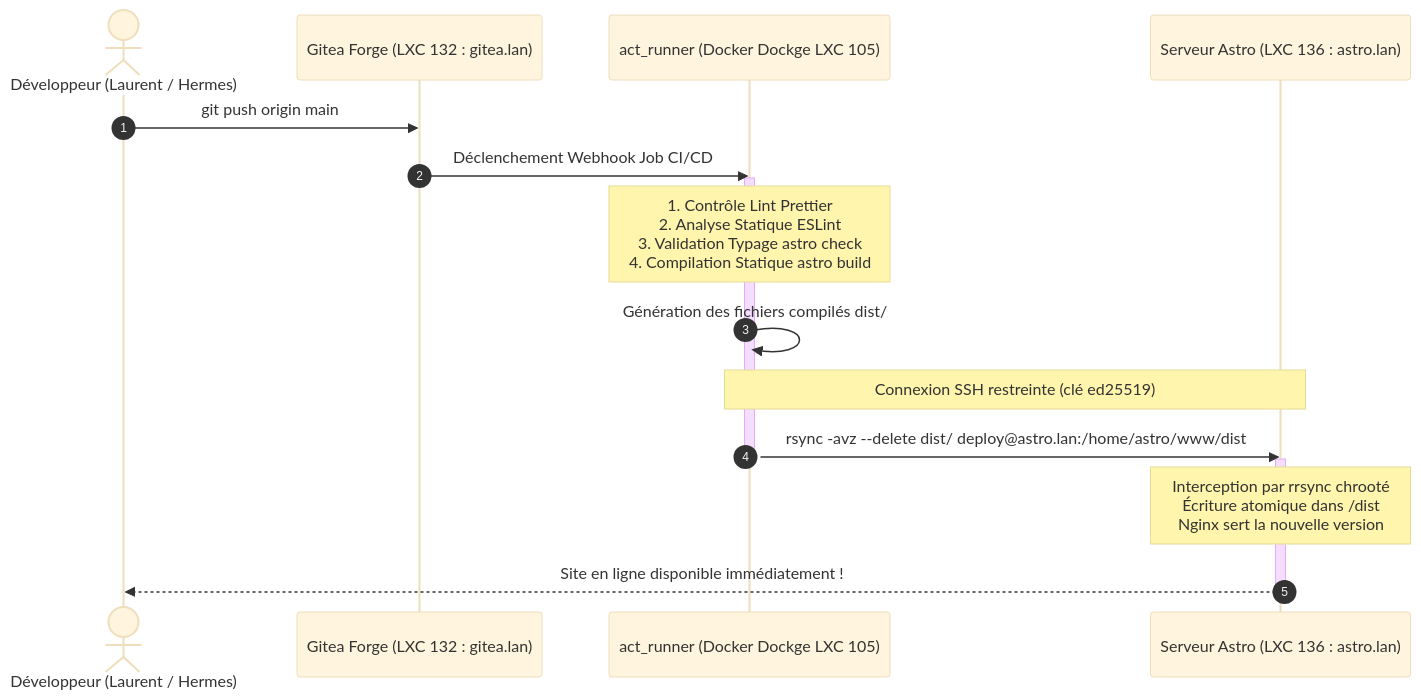
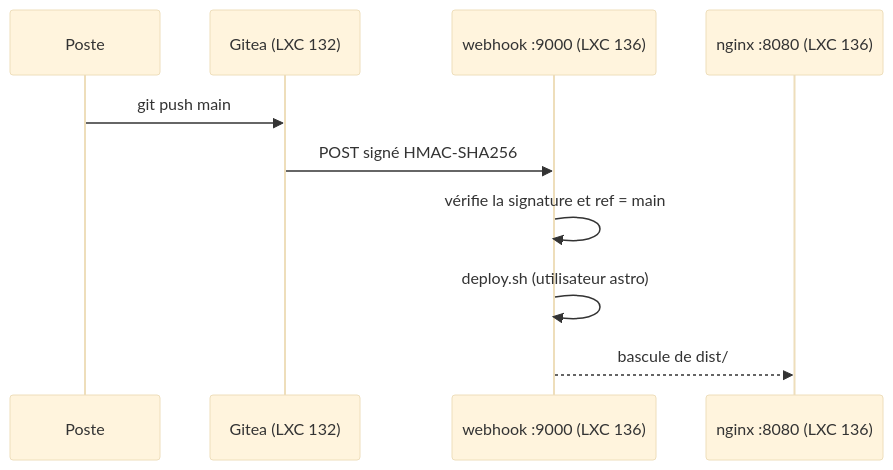
The diagram in docs/ci-cd.md (PauTentX/homelab), drawn with Mermaid (base theme) before and after one commit. The commit also changed other lines of this file and 5 other files, not shown here.

````diff
--- a/docs/ci-cd.md
+++ b/docs/ci-cd.md
@@ -7,24 +26,12 @@
 ```mermaid
 sequenceDiagram
-    autonumber
-    actor Dev as Développeur (Laurent / Hermes)
-    participant Gitea as Gitea Forge (LXC 132 : gitea.lan)
-    participant Runner as act_runner (Docker Dockge LXC 105)
-    participant Prod as Serveur Astro (LXC 136 : astro.lan)
-
-    Dev->>Gitea: git push origin main
-    Gitea->>Runner: Déclenchement Webhook Job CI/CD
-    
-    activate Runner
-    Note over Runner: 1. Contrôle Lint Prettier<br/>2. Analyse Statique ESLint<br/>3. Validation Typage astro check<br/>4. Compilation Statique astro build
-    Runner->>Runner: Génération des fichiers compilés dist/
-    
-    Note over Runner,Prod: Connexion SSH restreinte (clé ed25519)
-    Runner->>Prod: rsync -avz --delete dist/ deploy@astro.lan:/home/astro/www/dist
-    deactivate Runner
-    
-    activate Prod
-    Note over Prod: Interception par rrsync chrooté<br/>Écriture atomique dans /dist<br/>Nginx sert la nouvelle version
-    Prod-->>Dev: Site en ligne disponible immédiatement !
-    deactivate Prod
+    participant Dev as Poste
+    participant Gitea as Gitea (LXC 132)
+    participant Hook as webhook :9000 (LXC 136)
+    participant Web as nginx :8080 (LXC 136)
+    Dev->>Gitea: git push main
+    Gitea->>Hook: POST signé HMAC-SHA256
+    Hook->>Hook: vérifie la signature et ref = main
+    Hook->>Hook: deploy.sh (utilisateur astro)
+    Hook-->>Web: bascule de dist/
 ```
````
